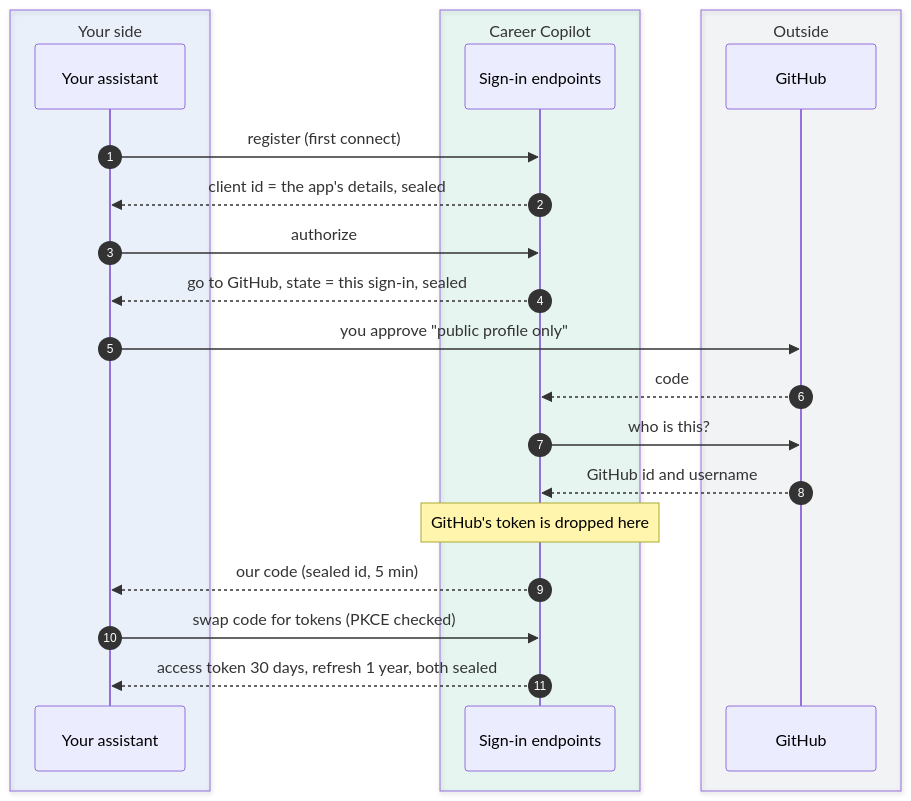
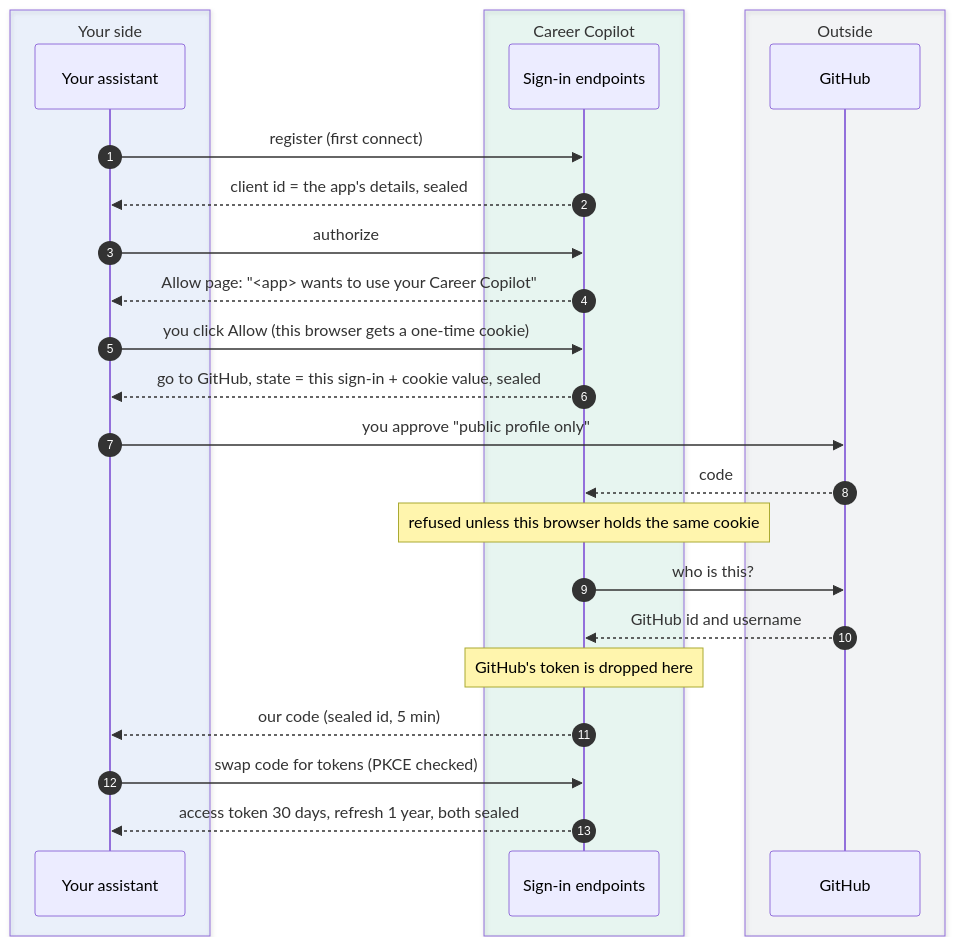
The third of 9 diagrams in docs/ARCHITECTURE.md (TusharSamantaray/career-copilot-mcp), drawn with Mermaid before and after one commit. The commit also changed other lines of this file and 8 other files, not shown here.

First line of the commit message:
fix(security): sign-in finishes only in the browser that clicked Allow

````diff
--- a/docs/ARCHITECTURE.md
+++ b/docs/ARCHITECTURE.md
@@ -122,25 +129,28 @@
 ```mermaid
 sequenceDiagram
   autonumber
   box rgba(59,130,246,0.08) Your side
     participant A as Your assistant
   end
   box rgba(16,185,129,0.08) Career Copilot
     participant C as Sign-in endpoints
   end
   box rgba(148,163,184,0.08) Outside
     participant G as GitHub
   end
   A->>C: register (first connect)
   C-->>A: client id = the app's details, sealed
   A->>C: authorize
-  C-->>A: go to GitHub, state = this sign-in, sealed
+  C-->>A: Allow page: "<app> wants to use your Career Copilot"
+  A->>C: you click Allow (this browser gets a one-time cookie)
+  C-->>A: go to GitHub, state = this sign-in + cookie value, sealed
   A->>G: you approve "public profile only"
   G-->>C: code
+  Note over C: refused unless this browser holds the same cookie
   C->>G: who is this?
   G-->>C: GitHub id and username
   Note over C: GitHub's token is dropped here
   C-->>A: our code (sealed id, 5 min)
   A->>C: swap code for tokens (PKCE checked)
   C-->>A: access token 30 days, refresh 1 year, both sealed
 ```
````
